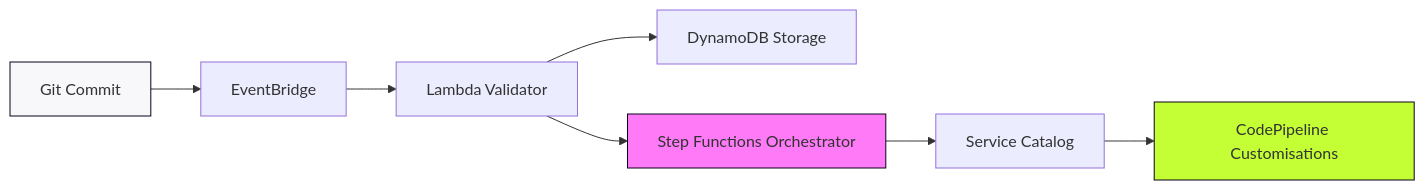
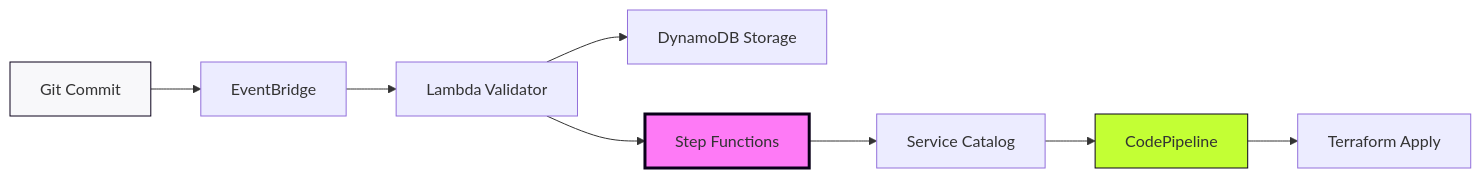
One commit to ken-createfuture-demo/aft-demo-presentation changed the third of 3 diagrams in slides/02-architecture.md. Above: the diagram before and after it, drawn with Mermaid. The commit also changed other lines of this file and 1 other file, not shown here.

````diff
--- a/slides/02-architecture.md
+++ b/slides/02-architecture.md
@@ -39,14 +79,14 @@
 ```mermaid
 graph LR
     A[Git Commit] --> B[EventBridge]
     B --> C[Lambda Validator]
     C --> D[DynamoDB Storage]
-    C --> E[Step Functions Orchestrator]
+    C --> E[Step Functions]
     E --> F[Service Catalog]
-    F --> G[CodePipeline Customisations]
+    F --> G[CodePipeline]
+    G --> H[Terraform Apply]
     
     style A fill:#F8F8FA,stroke:#0A001A
-    style E fill:#FE7AF6,stroke:#0A001A
+    style E fill:#FE7AF6,stroke:#0A001A,stroke-width:3px
     style G fill:#C3FF34,stroke:#0A001A
-
 ```
````
